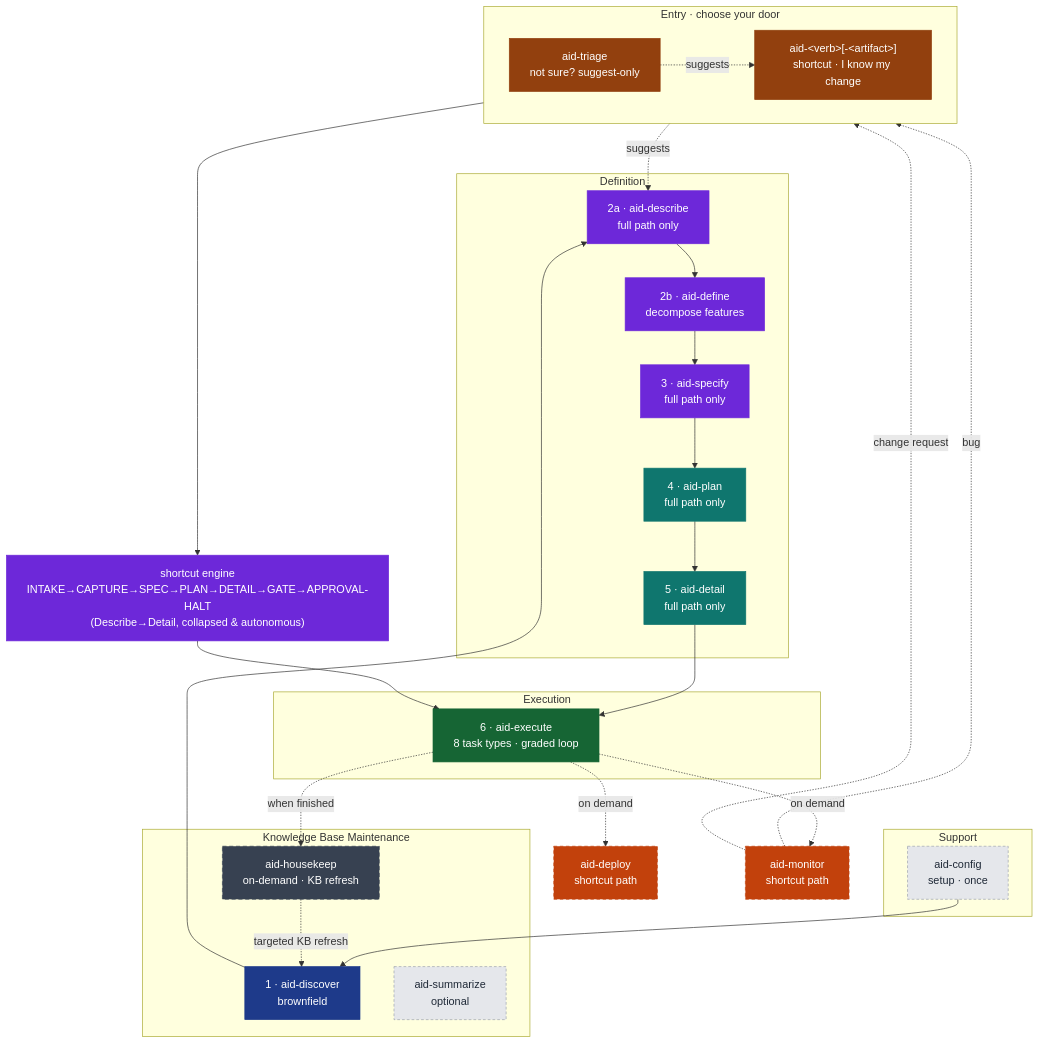
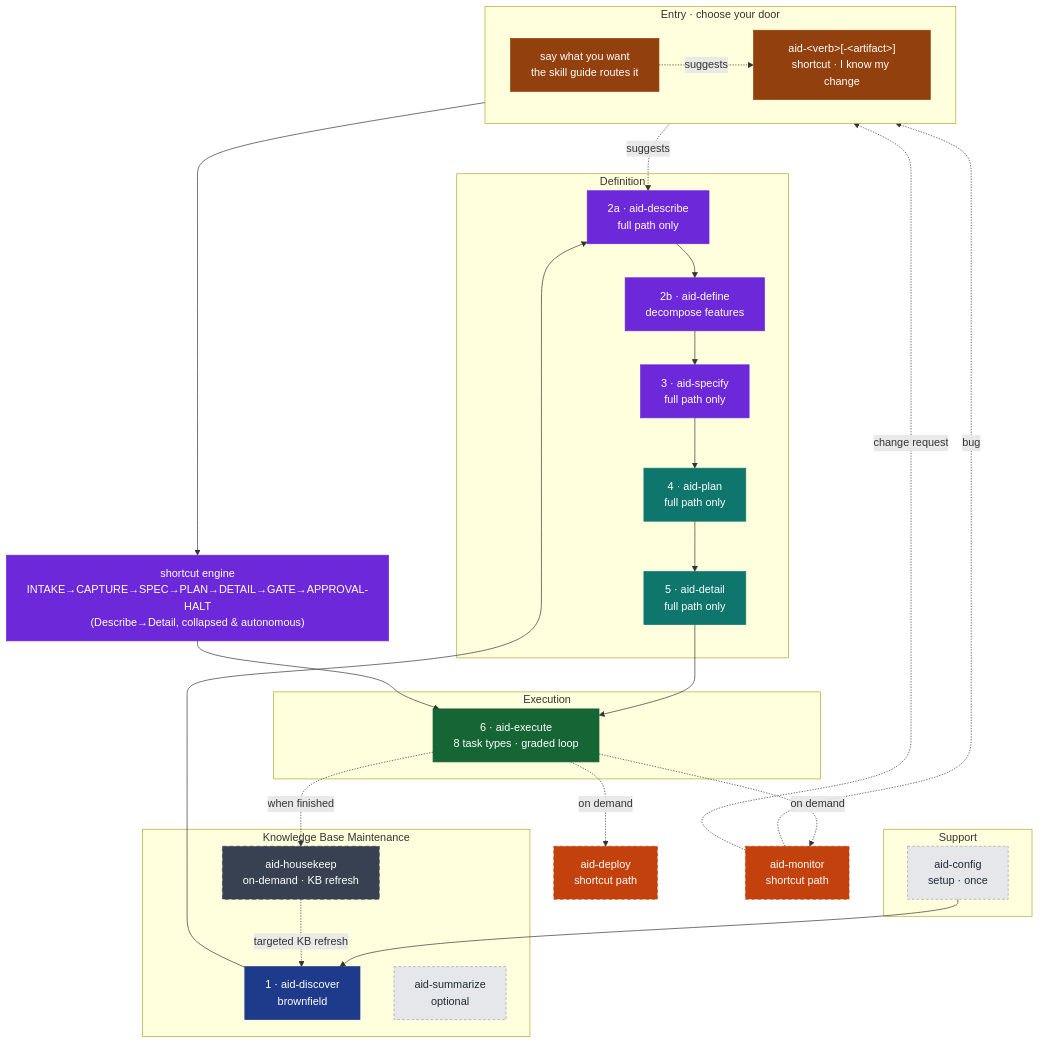
One commit to AndreVianna/aid-methodology changed the first of 7 diagrams in docs/aid-methodology.md. Above: the diagram before and after it, drawn with Mermaid. The commit also changed other lines of this file and 17 other files, not shown here.

````diff
--- a/docs/aid-methodology.md
+++ b/docs/aid-methodology.md
@@ -26,51 +26,51 @@
 ```mermaid
 flowchart TB
     classDef prep    fill:#1E3A8A,stroke:#1E3A8A,color:#ffffff
     classDef def     fill:#6D28D9,stroke:#6D28D9,color:#ffffff
     classDef map     fill:#0F766E,stroke:#0F766E,color:#ffffff
     classDef exe     fill:#166534,stroke:#166534,color:#ffffff
     classDef delopt  fill:#C2410C,stroke:#C2410C,color:#ffffff,stroke-dasharray:5 4
     classDef aux     fill:#E5E7EB,stroke:#9CA3AF,color:#1F2937,stroke-dasharray:4 3
     classDef offpipe fill:#374151,stroke:#374151,color:#ffffff,stroke-dasharray:6 4
     classDef entry   fill:#92400E,stroke:#92400E,color:#ffffff
 
     subgraph GE[" Entry · choose your door "]
         direction LR
         SC["aid-&lt;verb&gt;[-&lt;artifact&gt;]<br/>shortcut · I know my change"]:::entry
-        TR["aid-triage<br/>not sure? suggest-only"]:::entry
+        TR["say what you want<br/>the skill guide routes it"]:::entry
     end
     TR -. suggests .-> SC
 
     subgraph GS[" Support "]
         Init["aid-config<br/>setup · once"]:::aux
     end
     subgraph G1[" Knowledge Base Maintenance "]
         Disc["1 · aid-discover<br/>brownfield"]:::prep
         Sum["aid-summarize<br/>optional"]:::aux
         HK["aid-housekeep<br/>on-demand · KB refresh"]:::offpipe
     end
     subgraph G2[" Definition "]
         Desc["2a · aid-describe<br/>full path only"]:::def
         Def["2b · aid-define<br/>decompose features"]:::def
         Spec["3 · aid-specify<br/>full path only"]:::def
         Plan["4 · aid-plan<br/>full path only"]:::map
         Det["5 · aid-detail<br/>full path only"]:::map
     end
     subgraph G4[" Execution "]
         Exe["6 · aid-execute<br/>8 task types · graded loop"]:::exe
     end
 
     Dep["aid-deploy<br/>shortcut path"]:::delopt
     Mon["aid-monitor<br/>shortcut path"]:::delopt
 
     TR -. suggests .-> Desc
     Init --> Disc --> Desc --> Def --> Spec --> Plan --> Det --> Exe
     SC --> ENG["shortcut engine<br/>INTAKE→CAPTURE→SPEC→PLAN→DETAIL→GATE→APPROVAL-HALT<br/>(Describe→Detail, collapsed &amp; autonomous)"]:::def
     ENG --> Exe
     Exe -. "on demand" .-> Dep
     Exe -. "on demand" .-> Mon
     Exe -. "when finished" .-> HK
     Mon -. "bug" .-> SC
     Mon -. "change request" .-> TR
     HK  -. "targeted KB refresh" .-> Disc
 ```
````
